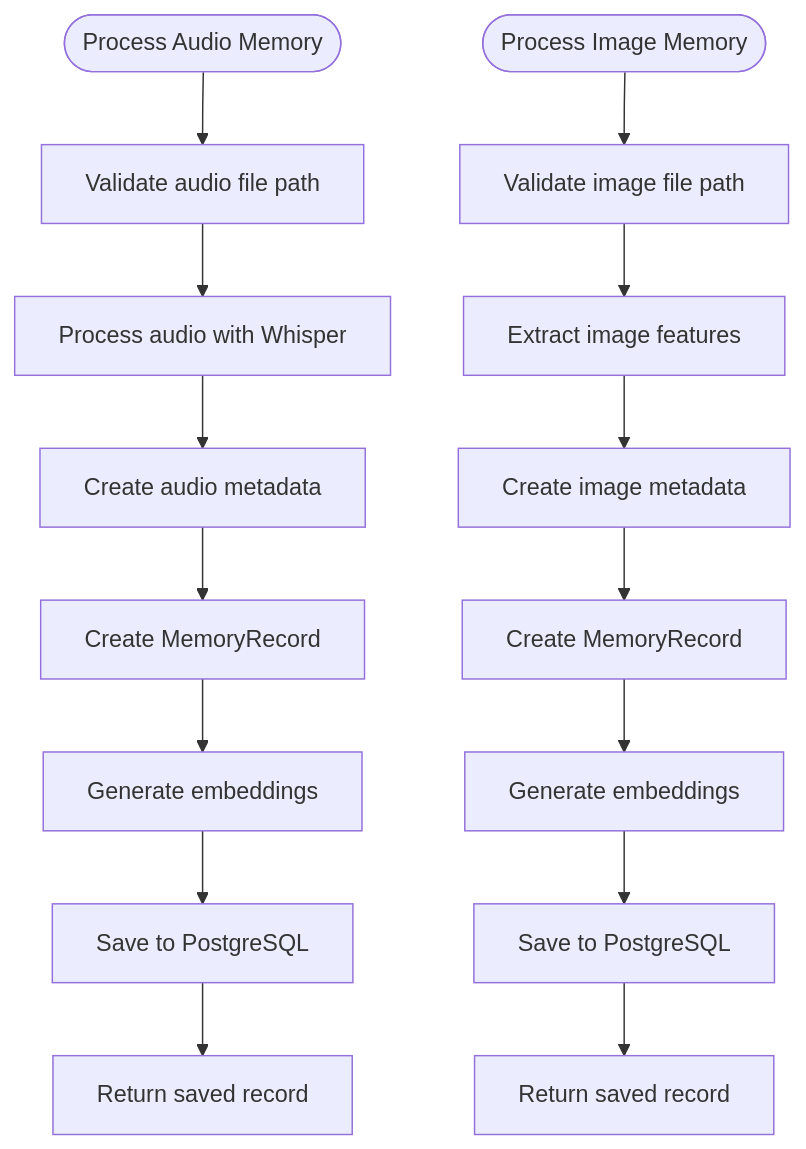
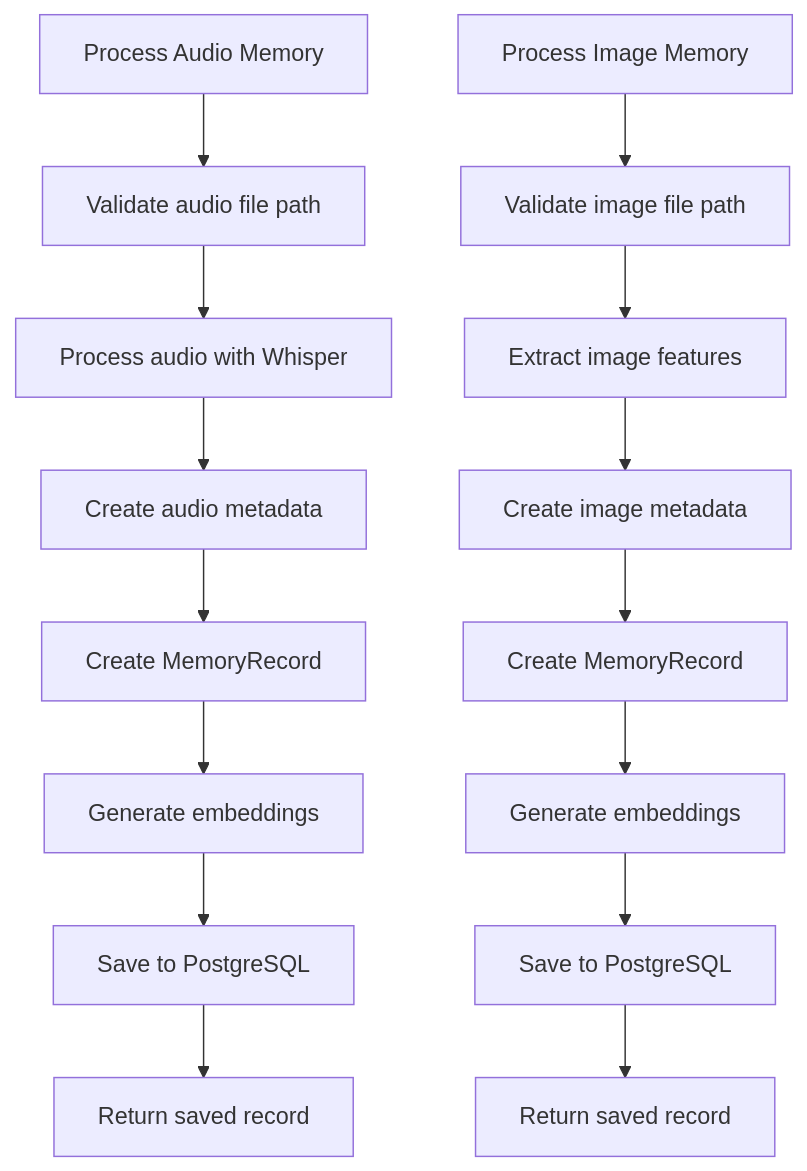
The fifth of 6 diagrams in docs/API Reference/Memory Service API.md (Likhithsai2580/RAVANA-WIKI), drawn with Mermaid before and after one commit. The commit also changed 52 other files, not shown here.

First line of the commit message:
chore(docs): update documentation content, fix Mermaid diagrams, and enhance README

````diff
--- a/docs/API Reference/Memory Service API.md
+++ b/docs/API Reference/Memory Service API.md
@@ -179,17 +179,17 @@
 ```mermaid
 flowchart TD
-Start([Process Audio Memory]) --> ValidateInput["Validate audio file path"]
+Start["Process Audio Memory"] --> ValidateInput["Validate audio file path"]
 ValidateInput --> ProcessAudio["Process audio with Whisper"]
 ProcessAudio --> CreateMetadata["Create audio metadata"]
 CreateMetadata --> CreateRecord["Create MemoryRecord"]
 CreateRecord --> GenerateEmbeddings["Generate embeddings"]
 GenerateEmbeddings --> SaveToDB["Save to PostgreSQL"]
 SaveToDB --> ReturnResult["Return saved record"]
-StartImage([Process Image Memory]) --> ValidateImage["Validate image file path"]
+StartImage["Process Image Memory"] --> ValidateImage["Validate image file path"]
 ValidateImage --> ExtractFeatures["Extract image features"]
 ExtractFeatures --> CreateImageMetadata["Create image metadata"]
 CreateImageMetadata --> CreateImageRecord["Create MemoryRecord"]
 CreateImageRecord --> GenerateImageEmbeddings["Generate embeddings"]
 GenerateImageEmbeddings --> SaveImageToDB["Save to PostgreSQL"]
 SaveImageToDB --> ReturnImageResult["Return saved record"]
 ```
````
